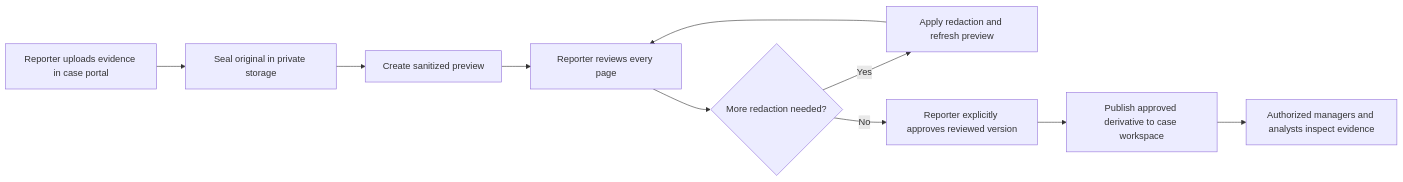
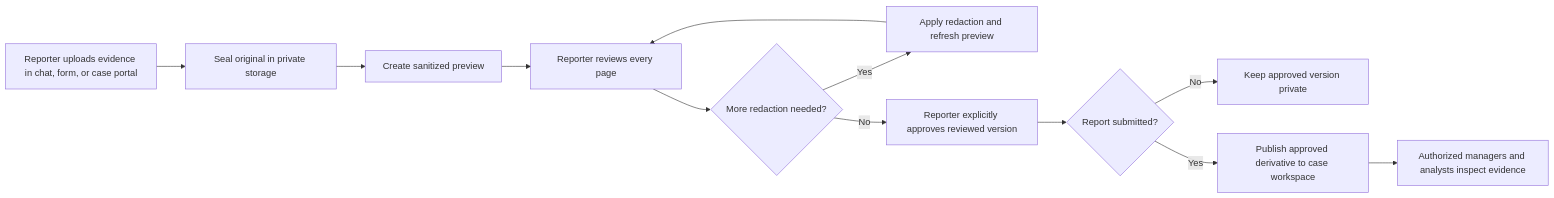
One commit to lixionary/lixionary-whistleblower changed the third of 5 diagrams in docs/reporting-flow.md. Above: the diagram before and after it, drawn with Mermaid. The commit also changed other lines of this file and 48 other files, not shown here.

Commit message:
feat: add private intake evidence and Garage storage (v1.3.0)

````diff
--- a/docs/reporting-flow.md
+++ b/docs/reporting-flow.md
@@ -133,12 +133,14 @@
 ```mermaid
 flowchart LR
-    Upload["Reporter uploads evidence in case portal"] --> Seal["Seal original in private storage"]
+    Upload["Reporter uploads evidence in chat, form, or case portal"] --> Seal["Seal original in private storage"]
     Seal --> Convert["Create sanitized preview"]
     Convert --> Review["Reporter reviews every page"]
     Review --> Redact{"More redaction needed?"}
     Redact -->|Yes| Apply["Apply redaction and refresh preview"]
     Apply --> Review
     Redact -->|No| Approve["Reporter explicitly approves reviewed version"]
-    Approve --> Publish["Publish approved derivative to case workspace"]
+    Approve --> Submitted{"Report submitted?"}
+    Submitted -->|No| Private["Keep approved version private"]
+    Submitted -->|Yes| Publish["Publish approved derivative to case workspace"]
     Publish --> Staff["Authorized managers and analysts inspect evidence"]
 ```
````
